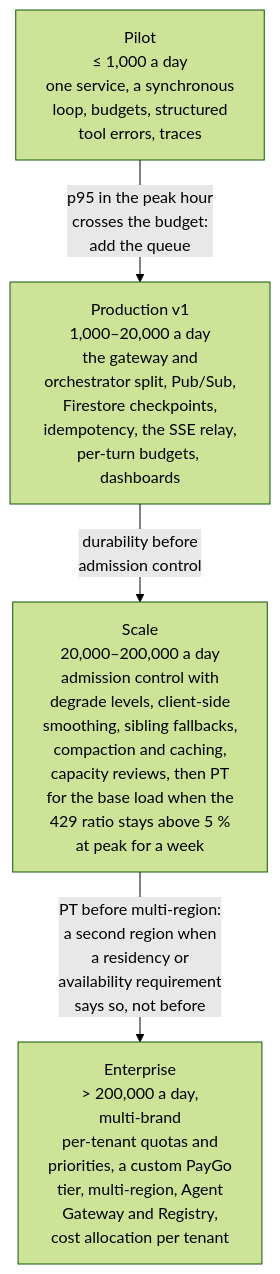
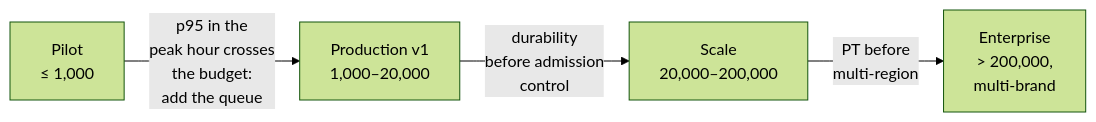
Before and after one commit to aniryou/full-stack-agentic-engineer: the fifth of 5 diagrams in 06-gateway/scaling-admission-cost/agentic-scaling-lab/docs/01-scaling-primer.md, drawn with Mermaid (forest theme). The commit also changed other lines of this file and 105 other files, not shown here.

First line of the commit message:
WIP snapshot: figures and the STE second pass in progress (2026-10-30T10:27:30Z); not validated [skip ci]

````diff
--- a/06-gateway/scaling-admission-cost/agentic-scaling-lab/docs/01-scaling-primer.md
+++ b/06-gateway/scaling-admission-cost/agentic-scaling-lab/docs/01-scaling-primer.md
@@ -641,7 +648,6 @@
 ```mermaid
-flowchart TB
-    P["Pilot<br/>≤ 1,000 a day<br/>one service, a synchronous<br/>loop, budgets, structured<br/>tool errors, traces"]
-    P -- "p95 in the peak hour<br/>crosses the budget:<br/>add the queue" --> V1["Production v1<br/>1,000–20,000 a day<br/>the gateway and<br/>orchestrator split, Pub/Sub,<br/>Firestore checkpoints,<br/>idempotency, the SSE relay,<br/>per-turn budgets, dashboards"]
-    V1 -- "durability before<br/>admission control" --> S["Scale<br/>20,000–200,000 a day<br/>admission control with<br/>degrade levels, client-side<br/>smoothing, sibling fallbacks,<br/>compaction and caching,<br/>capacity reviews, then PT<br/>for the base load when the<br/>429 ratio stays above 5 %<br/>at peak for a week"]
-    S -- "PT before multi-region:<br/>a second region when<br/>a residency or<br/>availability requirement<br/>says so, not before" --> E["Enterprise<br/>> 200,000 a day,<br/>multi-brand<br/>per-tenant quotas and<br/>priorities, a custom PayGo<br/>tier, multi-region, Agent<br/>Gateway and Registry,<br/>cost allocation per tenant"]
+flowchart LR
+    P["Pilot<br/>≤ 1,000"] -- "p95 in the<br/>peak hour crosses<br/>the budget:<br/>add the queue" --> V1["Production v1<br/>1,000–20,000"]
+    V1 -- "durability<br/>before admission<br/>control" --> S["Scale<br/>20,000–200,000"]
+    S -- "PT before<br/>multi-region" --> E["Enterprise<br/>> 200,000,<br/>multi-brand"]
 ```
````
